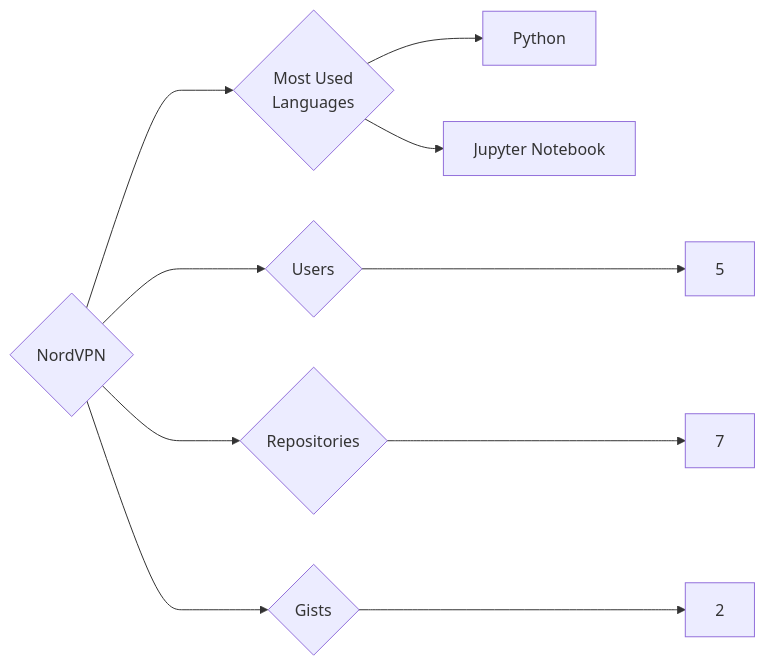
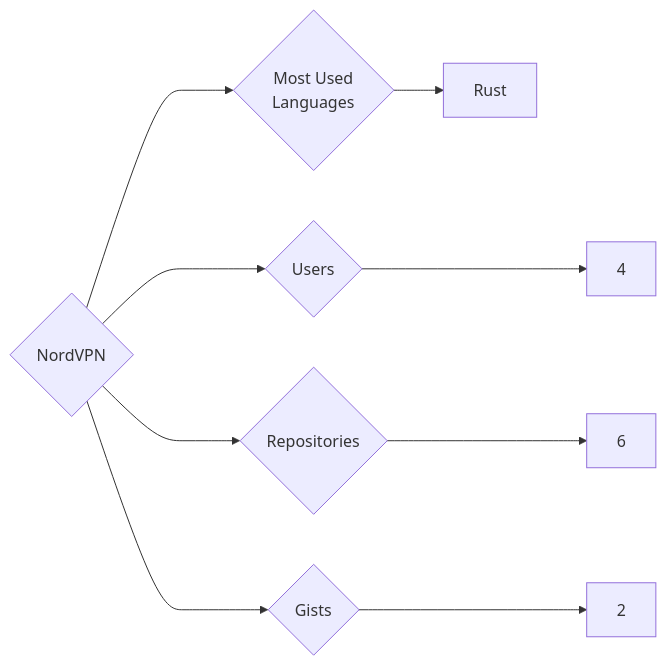
Before and after one commit to trickest/insiders: the diagram in targets/NordVPN/README.md, drawn with Mermaid. The commit also changed 903 other files, not shown here.

````diff
--- a/targets/NordVPN/README.md
+++ b/targets/NordVPN/README.md
@@ -3,10 +3,9 @@
 ```mermaid
 graph LR
 COMPANY_NAME{NordVPN}
-COMPANY_NAME ---> U{Users} ---> UN[5]
-COMPANY_NAME ---> R{Repositories} ---> RN[7]
+COMPANY_NAME ---> U{Users} ---> UN[4]
+COMPANY_NAME ---> R{Repositories} ---> RN[6]
 COMPANY_NAME ---> G{Gists} ---> GN[2]
 COMPANY_NAME ---> ML{Most Used<br>Languages}
-ML --> Python[Python]
-ML --> Jupyter_Notebook[Jupyter Notebook]
+ML --> Rust[Rust]
 ```
````
